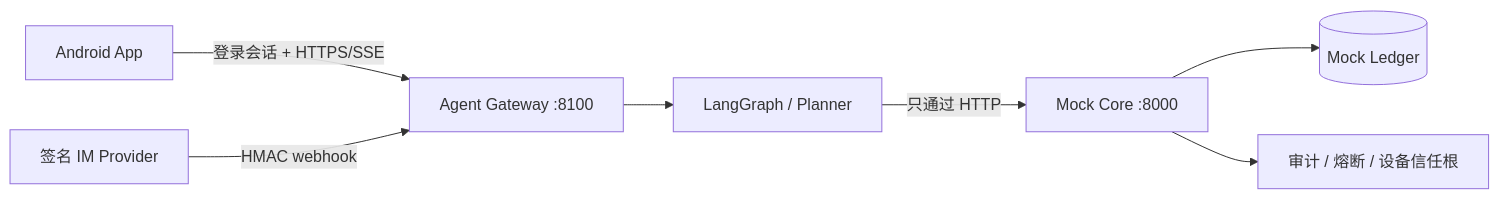
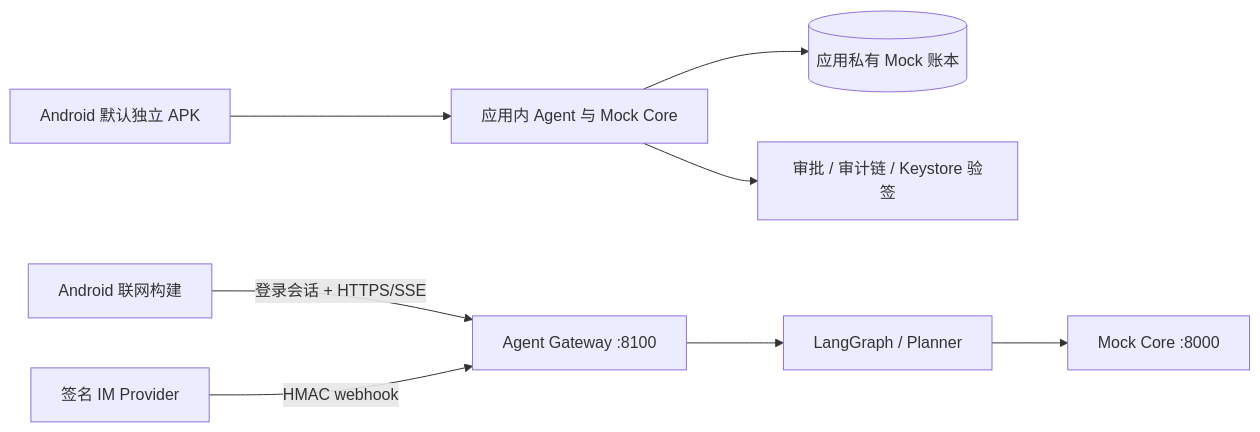
The diagram in README.md (Zagadka-3906/ai-banking-agent), drawn with Mermaid before and after one commit. The commit also changed other lines of this file and 25 other files, not shown here.

````diff
--- a/README.md
+++ b/README.md
@@ -37,9 +38,10 @@
 ```mermaid
 flowchart LR
-    A[Android App] -->|登录会话 + HTTPS/SSE| G[Agent Gateway :8100]
+    A[Android 默认独立 APK] --> O[应用内 Agent 与 Mock Core]
+    O --> L[(应用私有 Mock 账本)]
+    O --> K[审批 / 审计链 / Keystore 验签]
+    N[Android 联网构建] -->|登录会话 + HTTPS/SSE| G[Agent Gateway :8100]
     I[签名 IM Provider] -->|HMAC webhook| G
     G --> P[LangGraph / Planner]
-    P -->|只通过 HTTP| C[Mock Core :8000]
-    C --> L[(Mock Ledger)]
-    C --> S[审计 / 熔断 / 设备信任根]
+    P --> C[Mock Core :8000]
 ```
````
